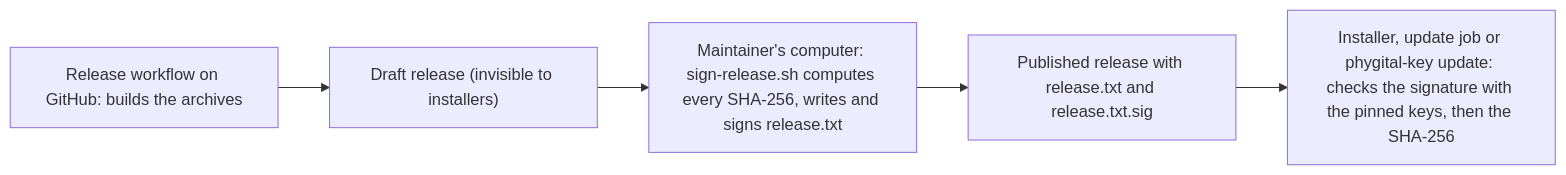
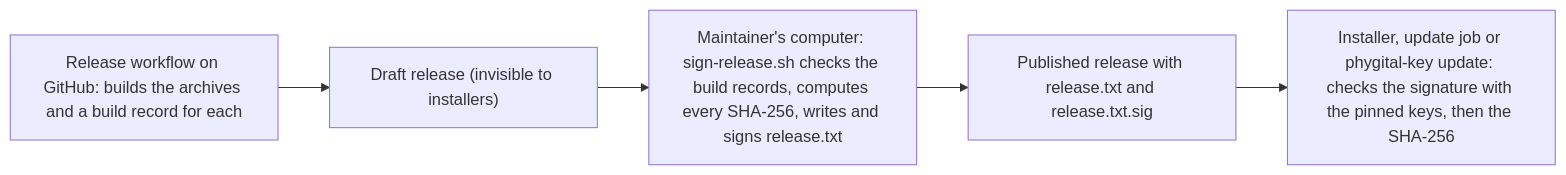
Before and after one commit to Phygital-Key/phygital-key: the second of 2 diagrams in docs/updates.md, drawn with Mermaid. The commit also changed other lines of this file and 26 other files, not shown here.

````diff
--- a/docs/updates.md
+++ b/docs/updates.md
@@ -207,7 +219,7 @@
 ```mermaid
 flowchart LR
-    CI["Release workflow on GitHub: builds the archives"] --> Draft["Draft release (invisible to installers)"]
-    Draft --> Sign["Maintainer's computer: sign-release.sh computes every SHA-256, writes and signs release.txt"]
+    CI["Release workflow on GitHub: builds the archives and a build record for each"] --> Draft["Draft release (invisible to installers)"]
+    Draft --> Sign["Maintainer's computer: sign-release.sh checks the build records, computes every SHA-256, writes and signs release.txt"]
     Sign --> Pub["Published release with release.txt and release.txt.sig"]
     Pub --> Check["Installer, update job or phygital-key update: checks the signature with the pinned keys, then the SHA-256"]
 ```
````
